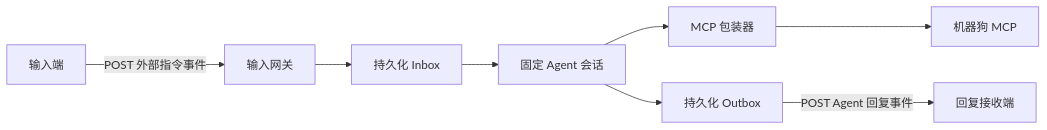
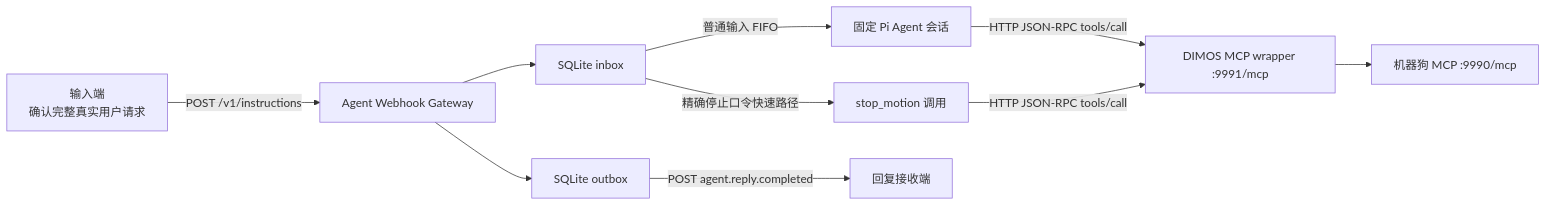
One commit to human-chocker-and-robot-dog/agent changed the diagram in docs/agent-input-webhook-integration.md. Above: the diagram before and after it, drawn with Mermaid. The commit also changed other lines of this file and 27 other files, not shown here.

First line of the commit message:
refactor: extract standalone dimos-mcp and expand deployment docs

````diff
--- a/docs/agent-input-webhook-integration.md
+++ b/docs/agent-input-webhook-integration.md
@@ -15,10 +74,12 @@
 ```mermaid
 flowchart LR
-    L["输入端"] -->|"POST 外部指令事件"| G["输入网关"]
-    G --> I["持久化 Inbox"]
-    I --> A["固定 Agent 会话"]
-    A --> M["MCP 包装器"]
-    M --> D["机器狗 MCP"]
-    A --> O["持久化 Outbox"]
-    O -->|"POST Agent 回复事件"| R["回复接收端"]
+    I["输入端<br/>确认完整真实用户请求"] -->|"POST /v1/instructions"| G["Agent Webhook Gateway"]
+    G --> Q["SQLite inbox"]
+    Q -->|"普通输入 FIFO"| A["固定 Pi Agent 会话"]
+    Q -->|"精确停止口令快速路径"| S["stop_motion 调用"]
+    A -->|"HTTP JSON-RPC tools/call"| W["DIMOS MCP wrapper :9991/mcp"]
+    S -->|"HTTP JSON-RPC tools/call"| W
+    W --> D["机器狗 MCP :9990/mcp"]
+    G --> O["SQLite outbox"]
+    O -->|"POST agent.reply.completed"| R["回复接收端"]
 ```
````
